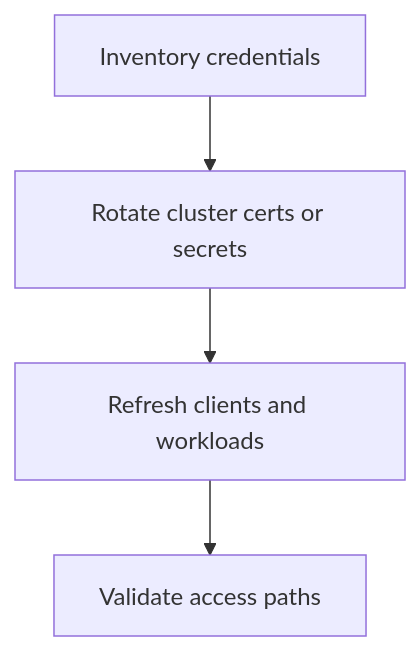
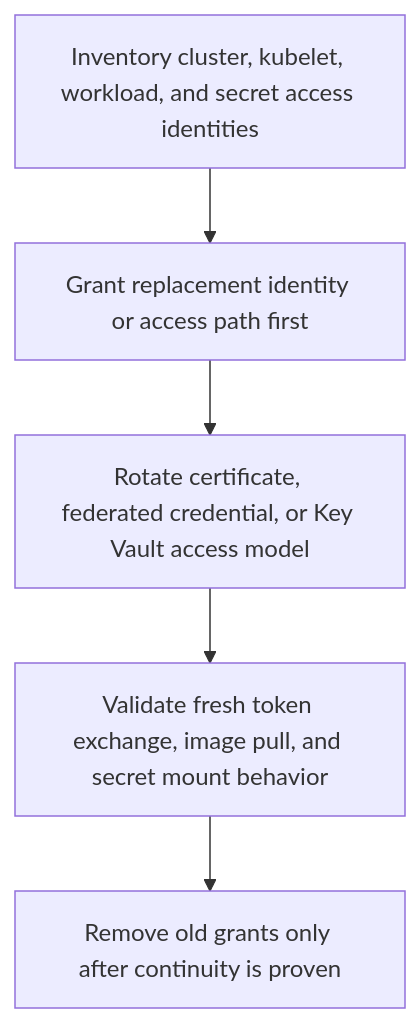
The diagram in docs/operations/credential-rotation.md (yeongseon/azure-kubernetes-service-practical-guide), drawn with Mermaid before and after one commit. The commit also changed other lines of this file and 10 other files, not shown here.

Commit message:
docs: add AKS Workload Identity, Key Vault CSI, and secret rotation content (#8) (#55)

````diff
--- a/docs/operations/credential-rotation.md
+++ b/docs/operations/credential-rotation.md
@@ -51,6 +61,7 @@
 ```mermaid
 flowchart TD
-    A[Inventory credentials] --> B[Rotate cluster certs or secrets]
-    B --> C[Refresh clients and workloads]
-    C --> D[Validate access paths]
+    A[Inventory cluster, kubelet, workload, and secret access identities] --> B[Grant replacement identity or access path first]
+    B --> C[Rotate certificate, federated credential, or Key Vault access model]
+    C --> D[Validate fresh token exchange, image pull, and secret mount behavior]
+    D --> E[Remove old grants only after continuity is proven]
 ```
````
